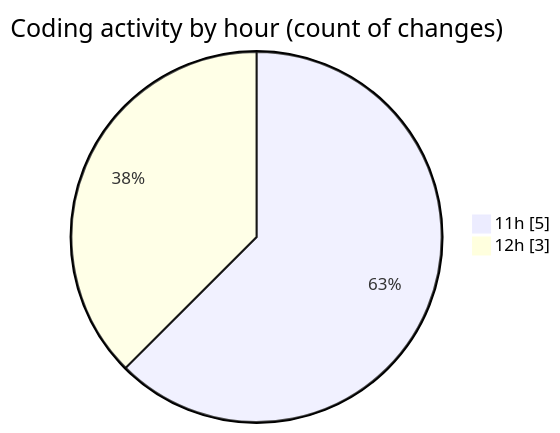
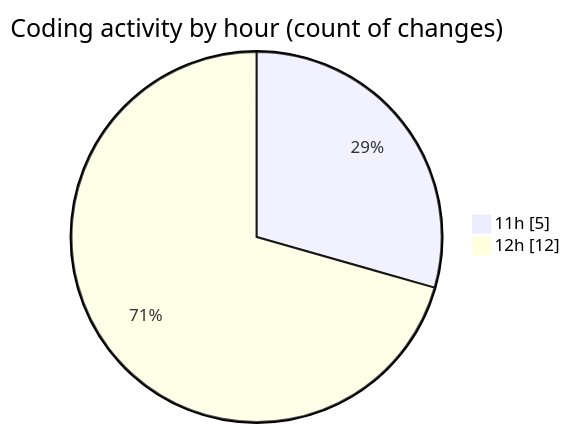
Before and after one commit to nxtqubesakshisongat/code-tracking: the second of 2 diagrams in 2025-08-06/nxtqube_webapp/README.md, drawn with Mermaid. The commit also changed other lines of this file and 1 other file, not shown here.

````diff
--- a/2025-08-06/nxtqube_webapp/README.md
+++ b/2025-08-06/nxtqube_webapp/README.md
@@ -35,6 +35,6 @@
 ```mermaid
 pie showData
 title Coding activity by hour (count of changes)
 "11h" : 5
-"12h" : 3
+"12h" : 12
 ```
````
